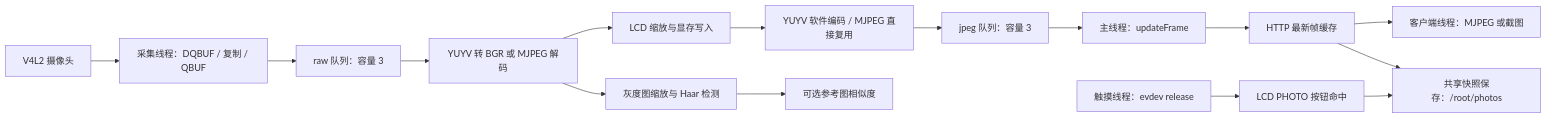
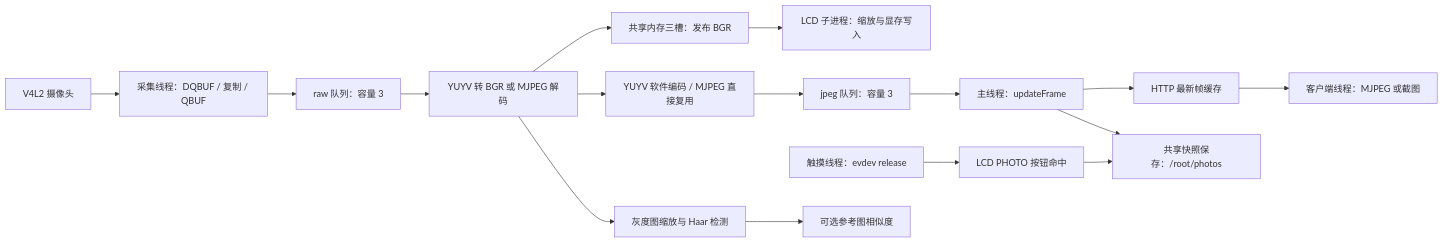
The diagram in cam.md (Dakken0915/cam), drawn with Mermaid before and after one commit. The commit also changed other lines of this file and 21 other files, not shown here.

````diff
--- a/cam.md
+++ b/cam.md
@@ -76,17 +77,18 @@
 ```mermaid
 flowchart LR
     A["V4L2 摄像头"] --> B["采集线程：DQBUF / 复制 / QBUF"]
     B --> C["raw 队列：容量 3"]
     C --> D["YUYV 转 BGR 或 MJPEG 解码"]
-    D --> E["LCD 缩放与显存写入"]
-    E --> F["YUYV 软件编码 / MJPEG 直接复用"]
-    F --> G["jpeg 队列：容量 3"]
-    G --> H["主线程：updateFrame"]
-    H --> I["HTTP 最新帧缓存"]
-    I --> J["客户端线程：MJPEG 或截图"]
-    K["触摸线程：evdev release"] --> L["LCD PHOTO 按钮命中"]
-    L --> M["共享快照保存：/root/photos"]
-    I --> M
-    D --> N[灰度图缩放与 Haar 检测]
-    N --> O[可选参考图相似度]
+    D --> E["共享内存三槽：发布 BGR"]
+    E --> F["LCD 子进程：缩放与显存写入"]
+    D --> G["YUYV 软件编码 / MJPEG 直接复用"]
+    G --> H["jpeg 队列：容量 3"]
+    H --> I["主线程：updateFrame"]
+    I --> J["HTTP 最新帧缓存"]
+    J --> K["客户端线程：MJPEG 或截图"]
+    L["触摸线程：evdev release"] --> M["LCD PHOTO 按钮命中"]
+    M --> N["共享快照保存：/root/photos"]
+    I --> N
+    D --> O[灰度图缩放与 Haar 检测]
+    O --> P[可选参考图相似度]
 ```
````
